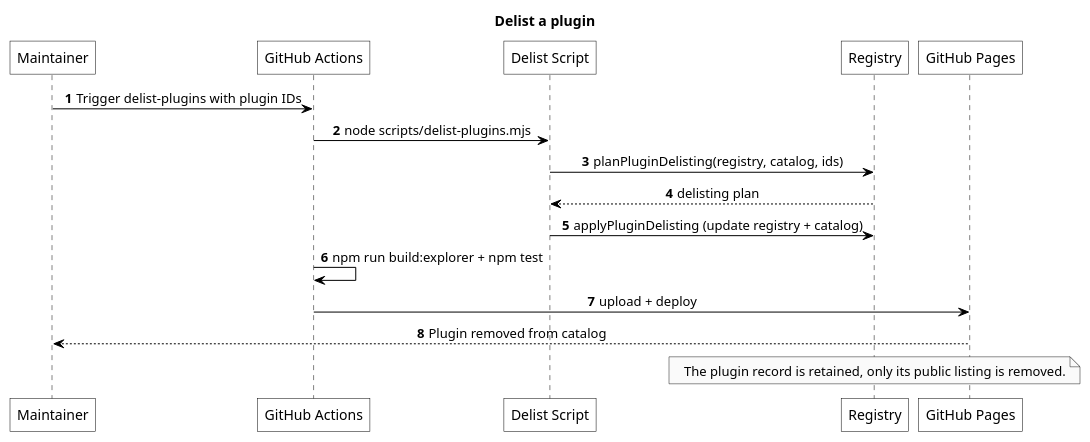
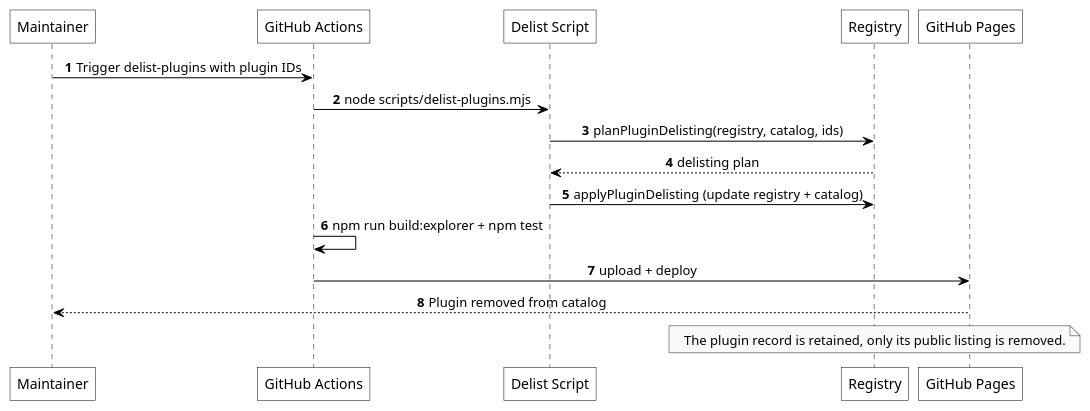
One commit to Litho-MD/uet-fyp-docs changed the diagram in diagrams/puml/sequence/17-gh-delist-plugin.puml. Above: the diagram before and after it, drawn with PlantUML. The commit also changed 109 other files, not shown here.

First line of the commit message:
Add TikZ support for UML diagrams and refine document structure

```diff
--- a/diagrams/puml/sequence/17-gh-delist-plugin.puml
+++ b/diagrams/puml/sequence/17-gh-delist-plugin.puml
@@ -1,34 +1,33 @@
 @startuml
-title Delist a plugin
 autonumber
 skinparam monochrome true
 skinparam backgroundColor white
 skinparam shadowing false
 skinparam defaultTextAlignment center
 skinparam roundCorner 0
 skinparam ArrowColor black
 skinparam defaultFontColor black
 skinparam sequence {
     ArrowColor black
     LifeLineBorderColor black
     ParticipantBorderColor black
     ParticipantBackgroundColor white
     ParticipantFontColor black
 }
 
 participant "Maintainer" as U
 participant "GitHub Actions" as H
 participant "Delist Script" as S
 participant "Registry" as R
 participant "GitHub Pages" as P
 
 U -> H: Trigger delist-plugins with plugin IDs
 H -> S: node scripts/delist-plugins.mjs
 S -> R: planPluginDelisting(registry, catalog, ids)
 R --> S: delisting plan
 S -> R: applyPluginDelisting (update registry + catalog)
 H -> H: npm run build:explorer + npm test
 H -> P: upload + deploy
 P --> U: Plugin removed from catalog
 note over R: The plugin record is retained, only its public listing is removed.
 @enduml
```
